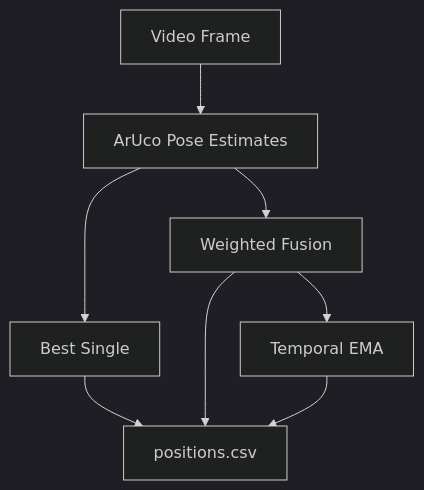
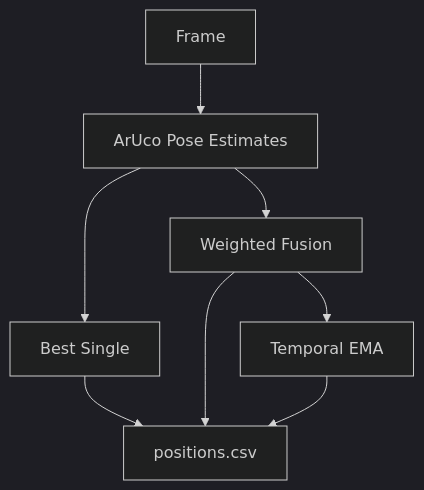
The sixth of 9 diagrams in README.md (JIWOO1127/machine-vision1), drawn with Mermaid (dark theme) before and after one commit. The commit also changed other lines of this file and 8 other files, not shown here.

````diff
--- a/README.md
+++ b/README.md
@@ -667,17 +658,13 @@
 ```mermaid
 flowchart TD
-    A[Video Frame]
-    B[ArUco Pose Estimates]
-    C[Best Single]
-    D[Weighted Fusion]
-    E[Temporal EMA]
-    F[positions.csv]
+    A[Frame] --> B[ArUco Pose Estimates]
 
-    A --> B
-    B --> C
-    B --> D
-    D --> E
-    C --> F
+    B --> C[Best Single]
+    B --> D[Weighted Fusion]
+
+    D --> E[Temporal EMA]
+
+    C --> F[positions.csv]
     D --> F
     E --> F
 ```
````
